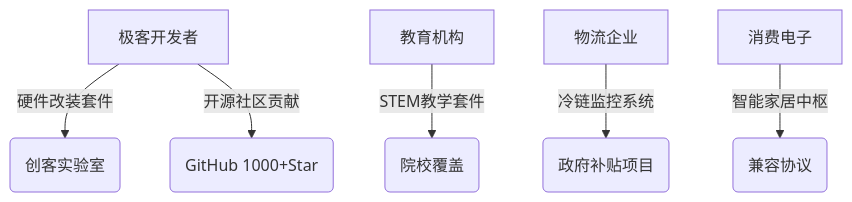
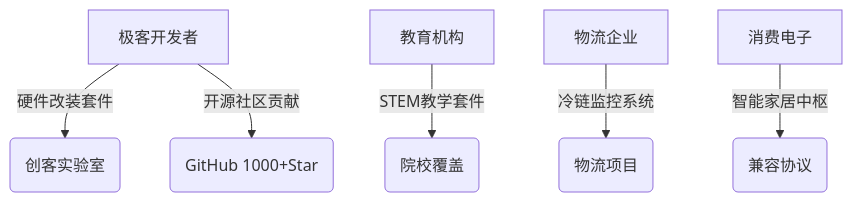
Before and after one commit to musicaJack/mkdocs-wiki: the first of 2 diagrams in docs/WhitePaper.md, drawn with Mermaid. The commit also changed 4 other files, not shown here.

Commit message:
增加roadmap文件及其他调整

````diff
--- a/docs/WhitePaper.md
+++ b/docs/WhitePaper.md
@@ -22,8 +22,8 @@
 ```mermaid
 graph TD
     A[极客开发者] -->|硬件改装套件| B(创客实验室)
     A -->|开源社区贡献| C(GitHub 1000+Star)
     D[教育机构] -->|STEM教学套件| E(院校覆盖)
-    F[物流企业] -->|冷链监控系统| G(政府补贴项目)
+    F[物流企业] -->|冷链监控系统| G(物流项目)
     H[消费电子] -->|智能家居中枢| I(兼容协议)
 ```
````
